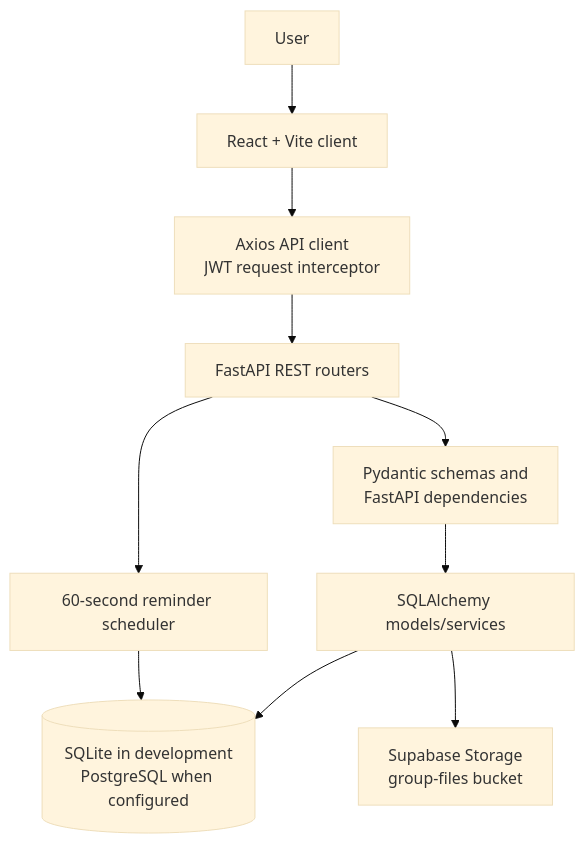
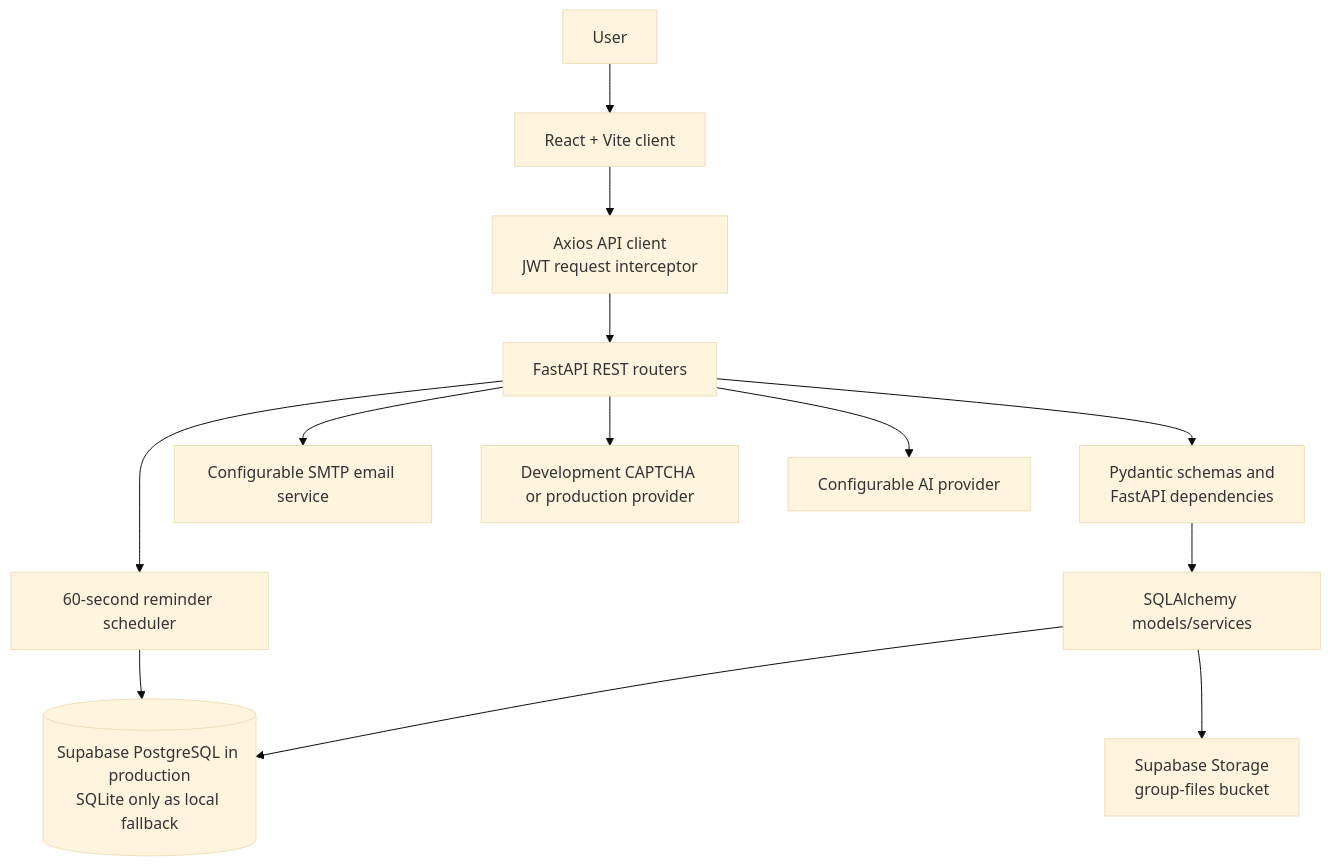
Before and after one commit to springboardmentor28126a/Scientific-Collaboration-Network-Analyzer-Group-1: the second of 8 diagrams in README.md, drawn with Mermaid (base theme). The commit also changed other lines of this file and 25 other files, not shown here.

Commit message:
Complete authentication security, CAPTCHA, email OTP and AI integration

````diff
--- a/README.md
+++ b/README.md
@@ -472,12 +472,15 @@
 ```mermaid
 flowchart TD
     U[User] --> F[React + Vite client]
     F --> A[Axios API client\nJWT request interceptor]
     A --> R[FastAPI REST routers]
     R --> V[Pydantic schemas and\nFastAPI dependencies]
     V --> S[SQLAlchemy models/services]
-    S --> D[(SQLite in development\nPostgreSQL when configured)]
+    S --> D[(Supabase PostgreSQL in production\nSQLite only as local fallback)]
     S --> X[Supabase Storage\ngroup-files bucket]
     R --> N[60-second reminder scheduler]
     N --> D
+    R --> E[Configurable SMTP email service]
+    R --> C[Development CAPTCHA or production provider]
+    R --> I[Configurable AI provider]
 ```
````
